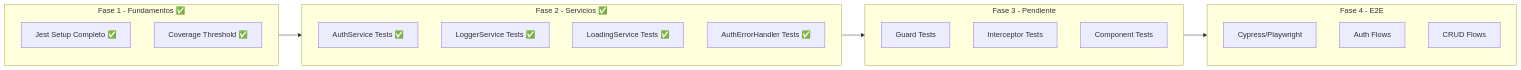
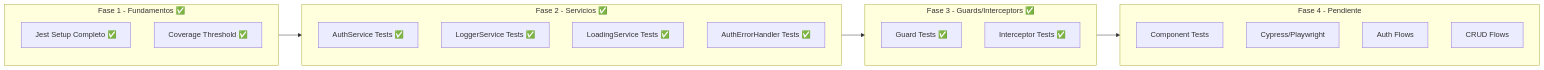
One commit to henrytaby/an-uyuni-frontend changed the third of 4 diagrams in plans/ANALISIS_ENTERPRISE_ANGULAR.md. Above: the diagram before and after it, drawn with Mermaid. The commit also changed other lines of this file and 5 other files, not shown here.

Commit message:
feat: enhance unit testing coverage by adding tests for guards and interceptors

````diff
--- a/plans/ANALISIS_ENTERPRISE_ANGULAR.md
+++ b/plans/ANALISIS_ENTERPRISE_ANGULAR.md
@@ -265,28 +268,28 @@
 ```mermaid
 graph LR
 subgraph Fase1 [Fase 1 - Fundamentos ✅]
-JEST[Jest Setup Completo ✅]
-COVERAGE[Coverage Threshold ✅]
+    JEST[Jest Setup Completo ✅]
+    COVERAGE[Coverage Threshold ✅]
 end
 
 subgraph Fase2 [Fase 2 - Servicios ✅]
-AUTH_TEST[AuthService Tests ✅]
-LOGGER_TEST[LoggerService Tests ✅]
-LOADING_TEST[LoadingService Tests ✅]
-ERROR_TEST[AuthErrorHandler Tests ✅]
+    AUTH_TEST[AuthService Tests ✅]
+    LOGGER_TEST[LoggerService Tests ✅]
+    LOADING_TEST[LoadingService Tests ✅]
+    ERROR_TEST[AuthErrorHandler Tests ✅]
 end
 
-subgraph Fase3 [Fase 3 - Pendiente]
-GUARD_TEST[Guard Tests]
-INTER_TEST[Interceptor Tests]
-COMP_TEST[Component Tests]
+subgraph Fase3 [Fase 3 - Guards/Interceptors ✅]
+    GUARD_TEST[Guard Tests ✅]
+    INTER_TEST[Interceptor Tests ✅]
 end
 
-subgraph Fase4 [Fase 4 - E2E]
-CYPRESS[Cypress/Playwright]
-E2E_AUTH[Auth Flows]
-E2E_CRUD[CRUD Flows]
+subgraph Fase4 [Fase 4 - Pendiente]
+    COMP_TEST[Component Tests]
+    CYPRESS[Cypress/Playwright]
+    E2E_AUTH[Auth Flows]
+    E2E_CRUD[CRUD Flows]
 end
 
 Fase1 --> Fase2 --> Fase3 --> Fase4
 ```
````
